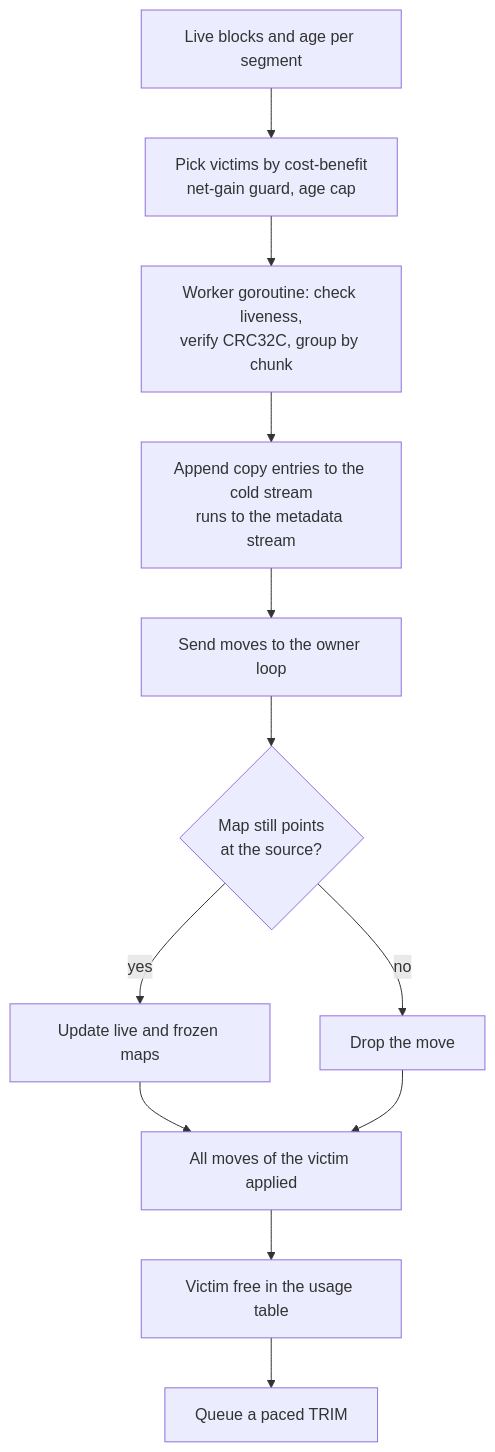
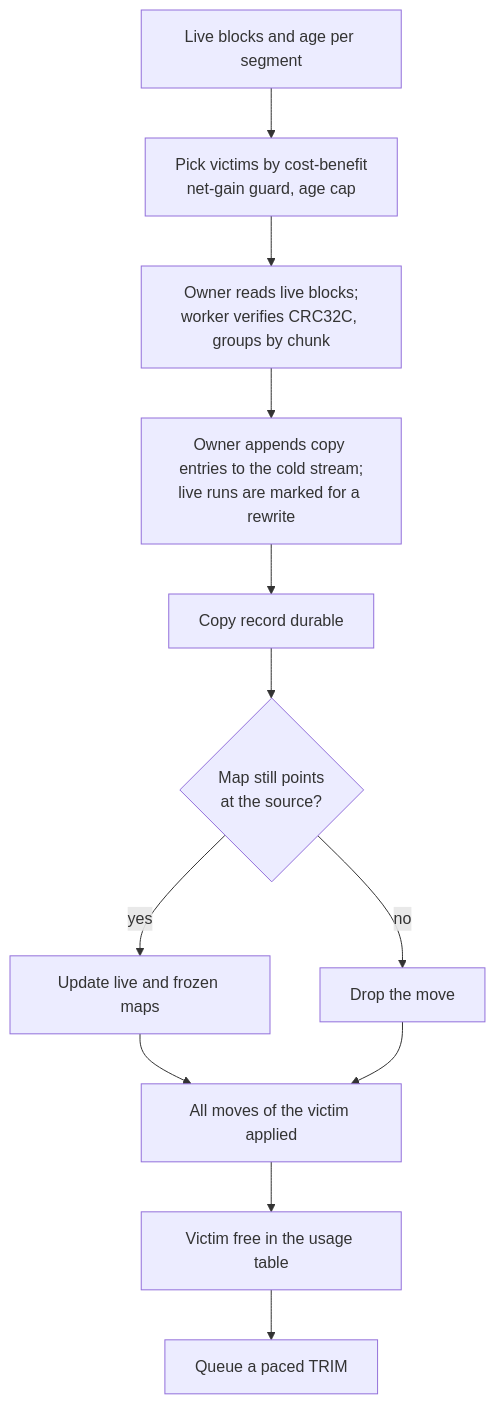
The second of 4 diagrams in blogs/05-the-cleaner-and-free-space.md (nvcnvn/rock-solid), drawn with Mermaid before and after one commit. The commit also changed other lines of this file, not shown here.

First line of the commit message:
blogs/05: drop build status, tell the current victim order, copy path, run rewrites and small-disk limits

````diff
--- a/blogs/05-the-cleaner-and-free-space.md
+++ b/blogs/05-the-cleaner-and-free-space.md
@@ -402,15 +404,15 @@
 ```mermaid
 flowchart TD
     A["Live blocks and age per segment"] --> B
     B["Pick victims by cost-benefit<br/>net-gain guard, age cap"]
-    B --> C["Worker goroutine: check liveness,<br/>verify CRC32C, group by chunk"]
-    C --> D["Append copy entries to the cold stream<br/>runs to the metadata stream"]
-    D --> E["Send moves to the owner loop"]
+        B --> C["Owner reads live blocks;<br/>worker verifies CRC32C, groups by chunk"]
+    C --> D["Owner appends copy entries to the cold stream;<br/>live runs are marked for a rewrite"]
+    D --> E["Copy record durable"]
     E --> F{"Map still points<br/>at the source?"}
     F -->|yes| G["Update live and frozen maps"]
     F -->|no| H["Drop the move"]
     G --> I["All moves of the victim applied"]
     H --> I
     I --> J["Victim free in the usage table"]
     J --> K["Queue a paced TRIM"]
 ```
````
